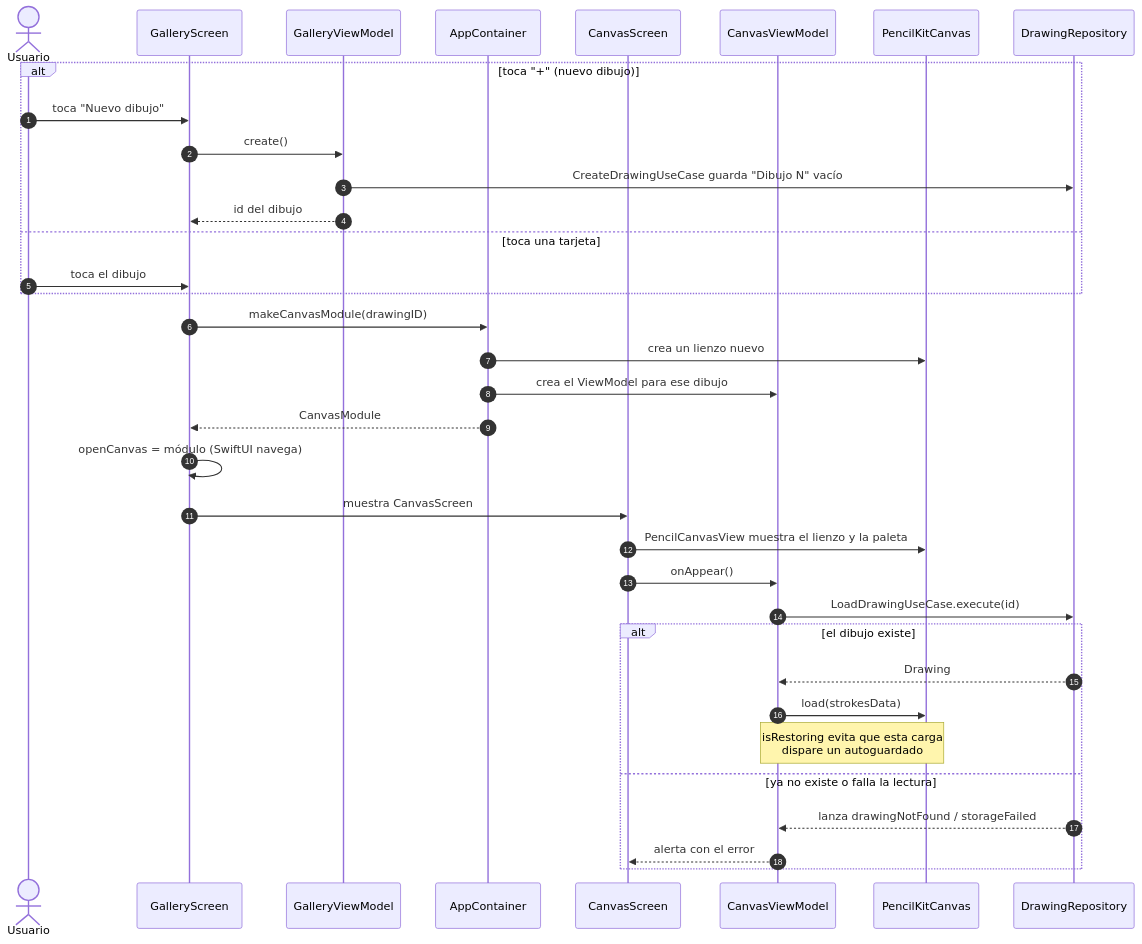
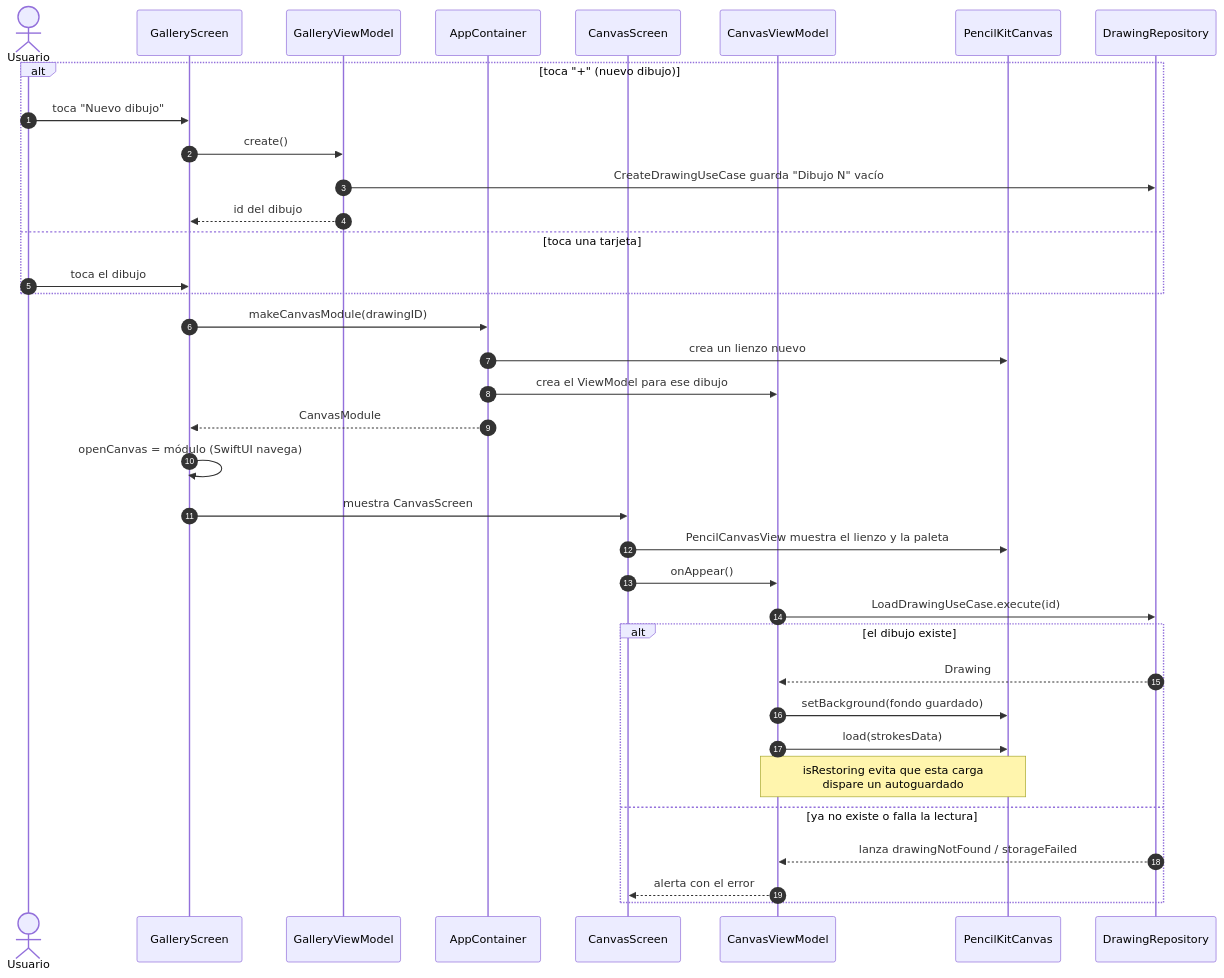
The fourth of 9 diagrams in docs/arquitectura.md (jhonjairo6230/DrawPad), drawn with Mermaid before and after one commit. The commit also changed other lines of this file and 2 other files, not shown here.

````diff
--- a/docs/arquitectura.md
+++ b/docs/arquitectura.md
@@ -291,38 +300,39 @@
 ```mermaid
 sequenceDiagram
     autonumber
     actor U as Usuario
     participant G as GalleryScreen
     participant GVM as GalleryViewModel
     participant C as AppContainer
     participant V as CanvasScreen
     participant VM as CanvasViewModel
     participant K as PencilKitCanvas
     participant R as DrawingRepository
 
     alt toca "+" (nuevo dibujo)
         U->>G: toca "Nuevo dibujo"
         G->>GVM: create()
         GVM->>R: CreateDrawingUseCase guarda "Dibujo N" vacío
         GVM-->>G: id del dibujo
     else toca una tarjeta
         U->>G: toca el dibujo
     end
     G->>C: makeCanvasModule(drawingID)
     C->>K: crea un lienzo nuevo
     C->>VM: crea el ViewModel para ese dibujo
     C-->>G: CanvasModule
     G->>G: openCanvas = módulo (SwiftUI navega)
     G->>V: muestra CanvasScreen
     V->>K: PencilCanvasView muestra el lienzo y la paleta
     V->>VM: onAppear()
     VM->>R: LoadDrawingUseCase.execute(id)
     alt el dibujo existe
         R-->>VM: Drawing
+        VM->>K: setBackground(fondo guardado)
         VM->>K: load(strokesData)
         Note over VM,K: isRestoring evita que esta carga<br/>dispare un autoguardado
     else ya no existe o falla la lectura
         R-->>VM: lanza drawingNotFound / storageFailed
         VM-->>V: alerta con el error
     end
 ```
````
